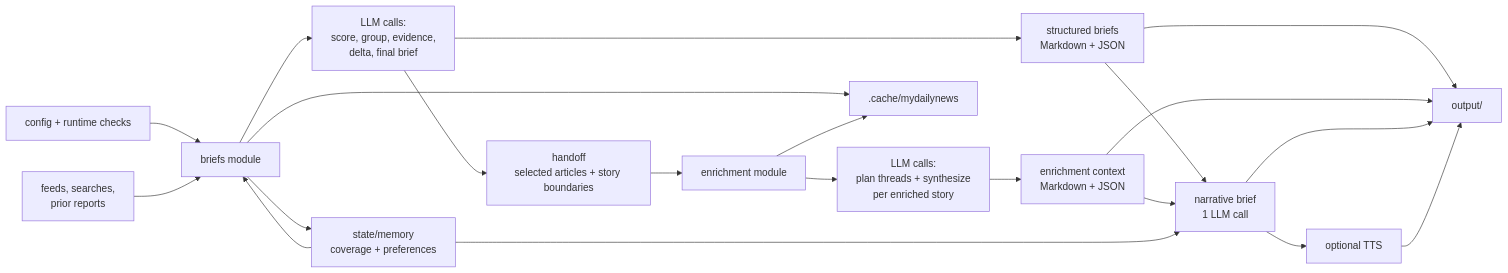
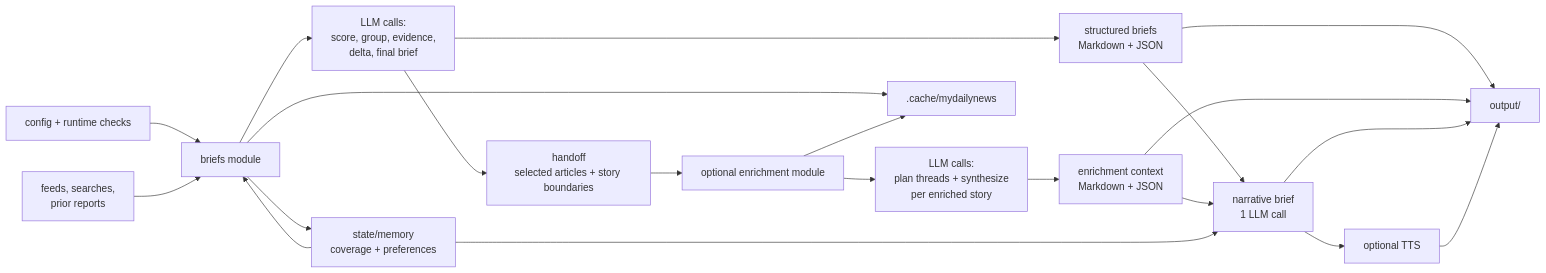
The first of 3 diagrams in docs/architecture.md (HorizonEngine24798/MyDailyNews), drawn with Mermaid before and after one commit. The commit also changed other lines of this file and 2 other files, not shown here.

````diff
--- a/docs/architecture.md
+++ b/docs/architecture.md
@@ -21,23 +21,23 @@
 ```mermaid
 flowchart LR
     CONFIG["config + runtime checks"] --> BRIEFS["briefs module"]
     SOURCES["feeds, searches,<br/>prior reports"] --> BRIEFS
     MEMORY["state/memory<br/>coverage + preferences"] --> BRIEFS
     BRIEFS --> BRIEF_CALLS["LLM calls:<br/>score, group, evidence,<br/>delta, final brief"]
     BRIEF_CALLS --> STRUCTURED["structured briefs<br/>Markdown + JSON"]
     BRIEF_CALLS --> HANDOFF["handoff<br/>selected articles + story boundaries"]
-    HANDOFF --> ENRICH["enrichment module"]
+    HANDOFF --> ENRICH["optional enrichment module"]
     ENRICH --> ENRICH_CALLS["LLM calls:<br/>plan threads + synthesize<br/>per enriched story"]
     ENRICH_CALLS --> ENRICHED["enrichment context<br/>Markdown + JSON"]
     STRUCTURED --> NARRATIVE["narrative brief<br/>1 LLM call"]
     ENRICHED --> NARRATIVE
     MEMORY --> NARRATIVE
     NARRATIVE --> TTS["optional TTS"]
     STRUCTURED --> OUTPUT["output/"]
     ENRICHED --> OUTPUT
     NARRATIVE --> OUTPUT
     TTS --> OUTPUT
     BRIEFS --> MEMORY
     BRIEFS --> CACHE[".cache/mydailynews"]
     ENRICH --> CACHE
 ```
````
